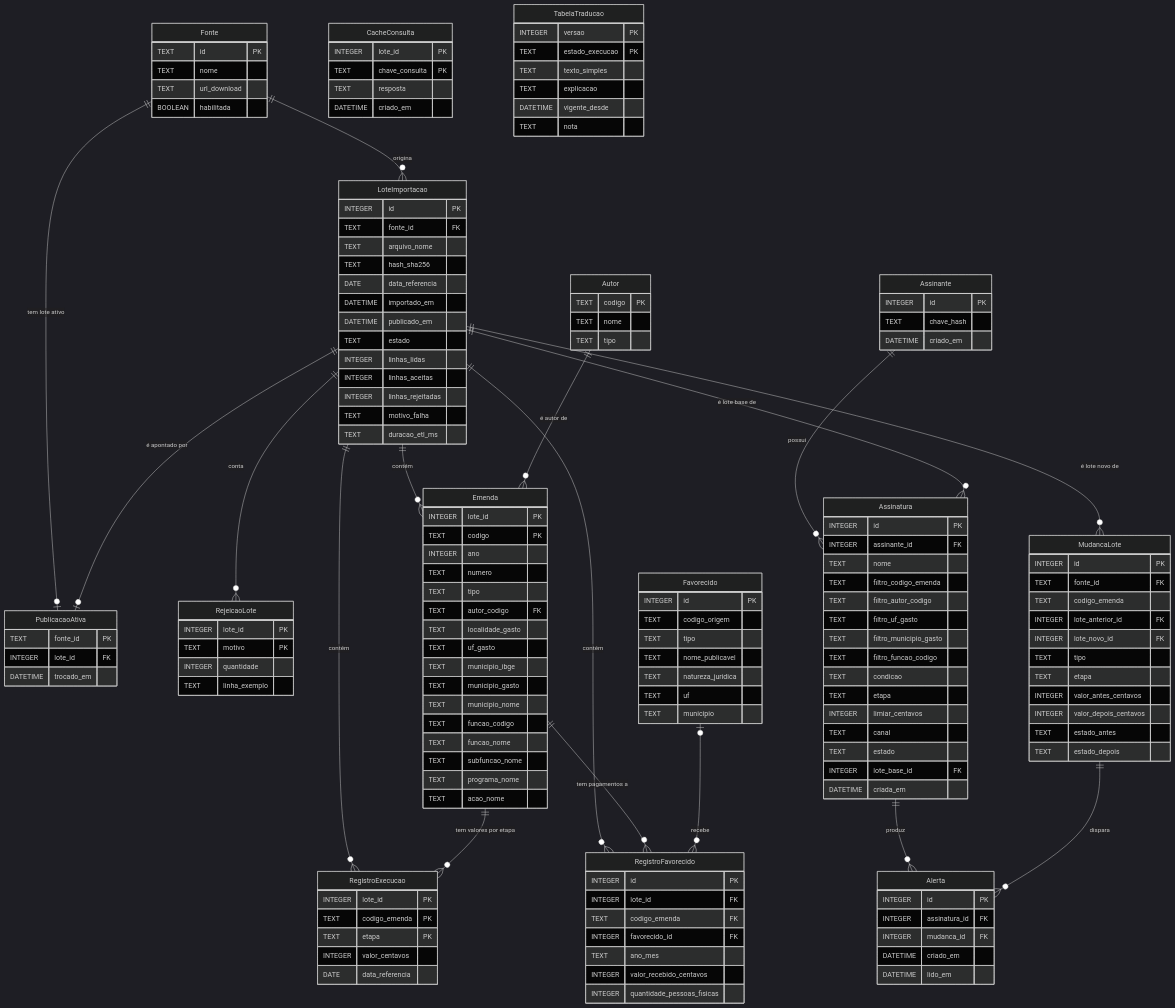
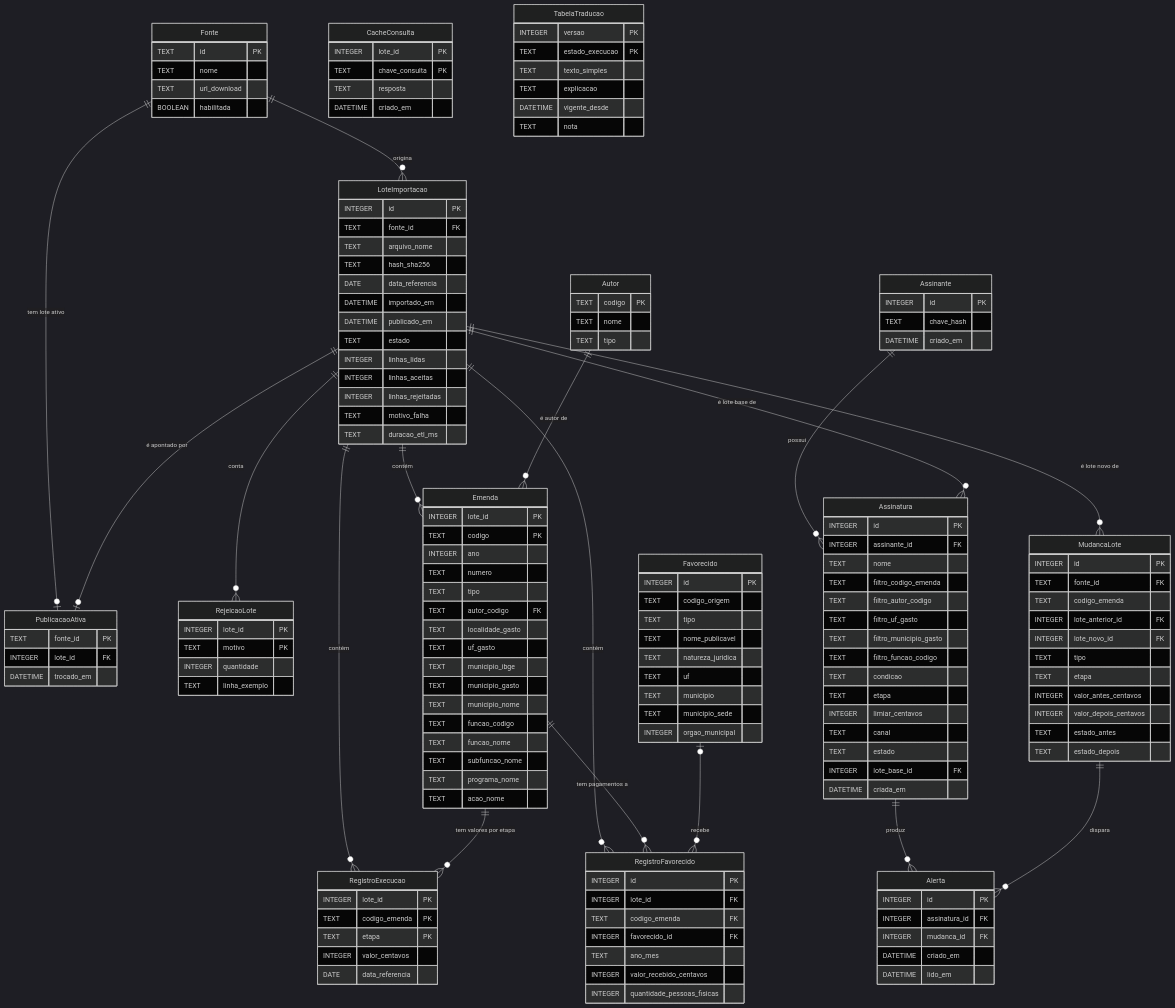
One commit to jvchaaves/rastro changed the diagram in especificacoes/joao-vitor/arquitetura/contratos/modelo-de-dados.md. Above: the diagram before and after it, drawn with Mermaid (dark theme). The commit also changed other lines of this file and 29 other files, not shown here.

```diff
--- a/especificacoes/joao-vitor/arquitetura/contratos/modelo-de-dados.md
+++ b/especificacoes/joao-vitor/arquitetura/contratos/modelo-de-dados.md
@@ -93,6 +93,8 @@
         TEXT natureza_juridica
         TEXT uf
         TEXT municipio
+        TEXT municipio_sede
+        INTEGER orgao_municipal
     }
     RegistroFavorecido {
         INTEGER id PK
```
